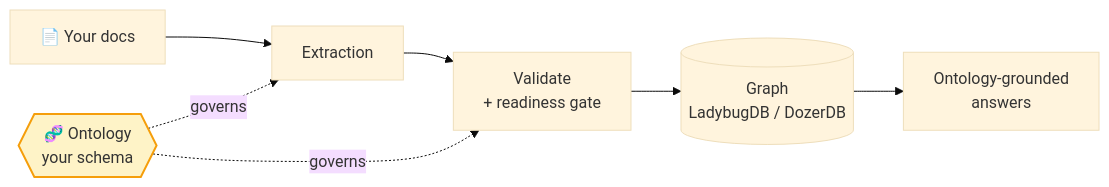
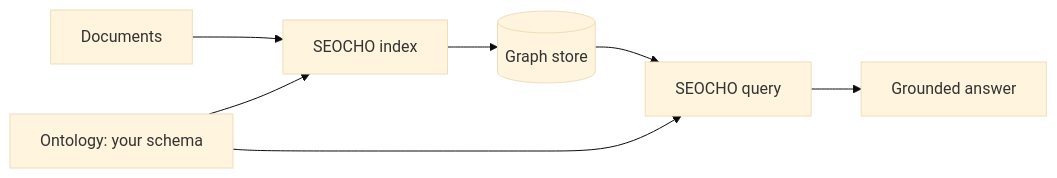
Before and after one commit to tteon/seocho: the diagram in README.md, drawn with Mermaid (base theme). The commit also changed other lines of this file and 1 other file, not shown here.

````diff
--- a/README.md
+++ b/README.md
@@ -16,10 +16,9 @@
 ```mermaid
 flowchart LR
-    D["📄 Your docs"] --> E["Extraction"]
-    O{{"🧬 Ontology<br/>your schema"}} -.governs.-> E
-    O -.governs.-> V
-    E --> V["Validate<br/>+ readiness gate"]
-    V --> G[("Graph<br/>LadybugDB / DozerDB")]
-    G --> A["Ontology-grounded<br/>answers"]
-    style O fill:#fef3c7,stroke:#f59e0b,stroke-width:2px
+    D["Documents"] --> I["SEOCHO index"]
+    O["Ontology: your schema"] --> I
+    O --> Q["SEOCHO query"]
+    I --> G[("Graph store")]
+    G --> Q
+    Q --> A["Grounded answer"]
 ```
````
